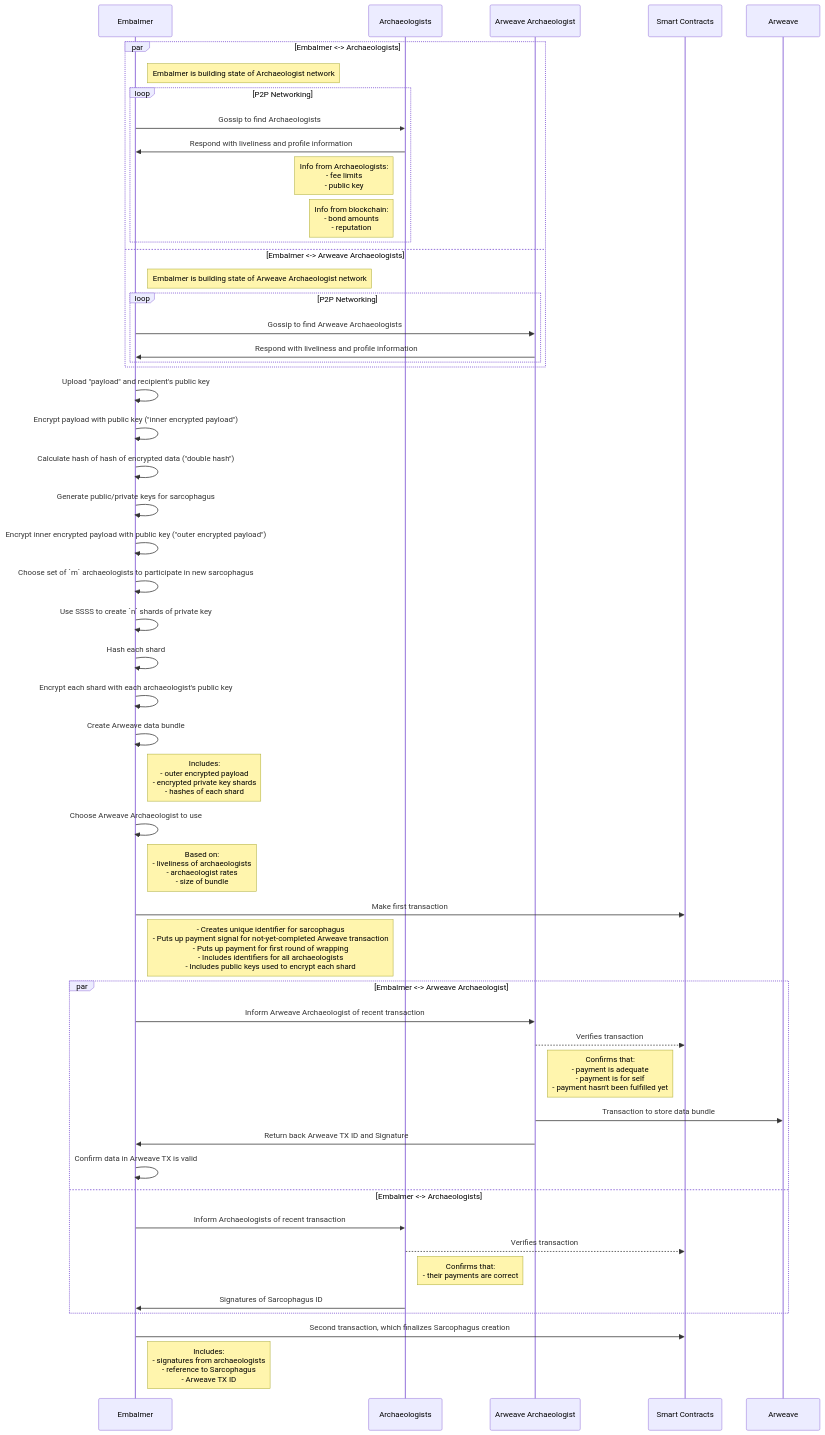
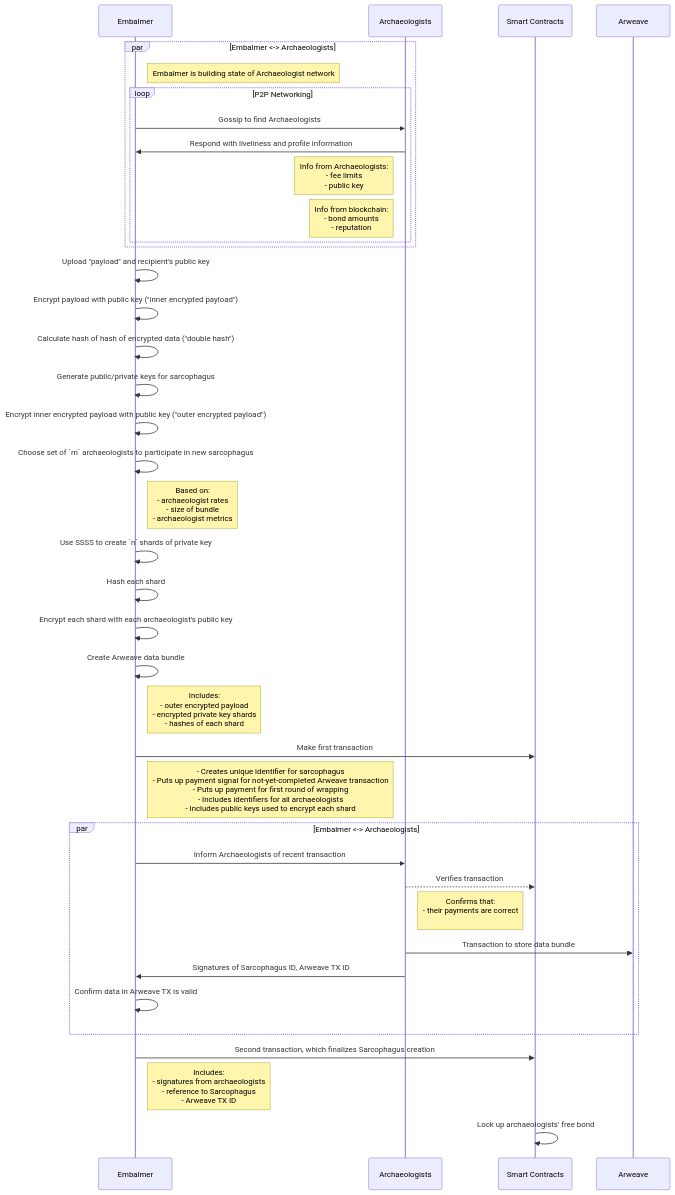
Before and after one commit to sarcophagus-org/sarcophagus-v2-specs: the diagram in create-sarcophagus.md, drawn with Mermaid. The commit also changed 5 other files, not shown here.

````diff
--- a/create-sarcophagus.md
+++ b/create-sarcophagus.md
@@ -2,7 +2,6 @@
 sequenceDiagram
   participant Embalmer
   participant Archaeologists
-  participant Arweave Archaeologist
   participant Smart Contracts
   participant Arweave
 
@@ -18,14 +17,6 @@
 
       Note left of Archaeologists: Info from blockchain:<br/>- bond amounts<br/>- reputation
     end
-  and Embalmer <-> Arweave Archaeologists
-    Note right of Embalmer: Embalmer is building state of Arweave Archaeologist network
-
-    loop P2P Networking
-      Embalmer->>Arweave Archaeologist: Gossip to find Arweave Archaeologists
-
-      Arweave Archaeologist->>Embalmer: Respond with liveliness and profile information
-    end
   end
 
   Embalmer->>Embalmer: Upload "payload" and recipient's public key
@@ -39,6 +30,8 @@
   Embalmer->>Embalmer: Encrypt inner encrypted payload with public key ("outer encrypted payload")
 
   Embalmer->>Embalmer: Choose set of `m` archaeologists to participate in new sarcophagus
+  
+  Note right of Embalmer: Based on:<br/>- archaeologist rates<br/>- size of bundle<br />- archaeologist metrics
 
   Embalmer->>Embalmer: Use SSSS to create `n` shards of private key
 
@@ -50,37 +43,27 @@
 
   Note right of Embalmer: Includes:<br/>- outer encrypted payload<br/>- encrypted private key shards<br/>- hashes of each shard
 
-  Embalmer->>Embalmer: Choose Arweave Archaeologist to use
-
-  Note right of Embalmer: Based on:<br/>- liveliness of archaeologists<br/>- archaeologist rates<br/>- size of bundle
-
   Embalmer->>Smart Contracts: Make first transaction
 
   Note right of Embalmer:- Creates unique identifier for sarcophagus<br/>- Puts up payment signal for not-yet-completed Arweave transaction<br/>- Puts up payment for first round of wrapping<br/>- Includes identifiers for all archaeologists<br/>- Includes public keys used to encrypt each shard
 
-  par Embalmer <-> Arweave Archaeologist
-    Embalmer->>Arweave Archaeologist: Inform Arweave Archaeologist of recent transaction
-
-    Arweave Archaeologist-->>Smart Contracts: Verifies transaction
-
-    Note right of Arweave Archaeologist: Confirms that:<br/>- payment is adequate<br/>- payment is for self<br/>- payment hasn't been fulfilled yet
-
-    Arweave Archaeologist->>Arweave: Transaction to store data bundle
-
-    Arweave Archaeologist->>Embalmer: Return back Arweave TX ID and Signature
-
-    Embalmer->>Embalmer: Confirm data in Arweave TX is valid
-  and Embalmer <-> Archaeologists
+  par Embalmer <-> Archaeologists
     Embalmer->>Archaeologists: Inform Archaeologists of recent transaction
 
     Archaeologists-->>Smart Contracts: Verifies transaction
 
-    Note right of Archaeologists: Confirms that:<br/>- their payments are correct
+    Note right of Archaeologists: Confirms that:<br/>- their payments are correct<br/>
+    
+    Archaeologists->>Arweave: Transaction to store data bundle
 
-    Archaeologists->>Embalmer: Signatures of Sarcophagus ID
+    Archaeologists->>Embalmer: Signatures of Sarcophagus ID, Arweave TX ID
+    
+    Embalmer->>Embalmer: Confirm data in Arweave TX is valid
   end
 
   Embalmer->>Smart Contracts: Second transaction, which finalizes Sarcophagus creation
 
   Note right of Embalmer: Includes:<br/>- signatures from archaeologists<br/>- reference to Sarcophagus<br/>- Arweave TX ID
+  
+  Smart Contracts->>Smart Contracts: Lock up archaeologists' free bond
 ```
````
